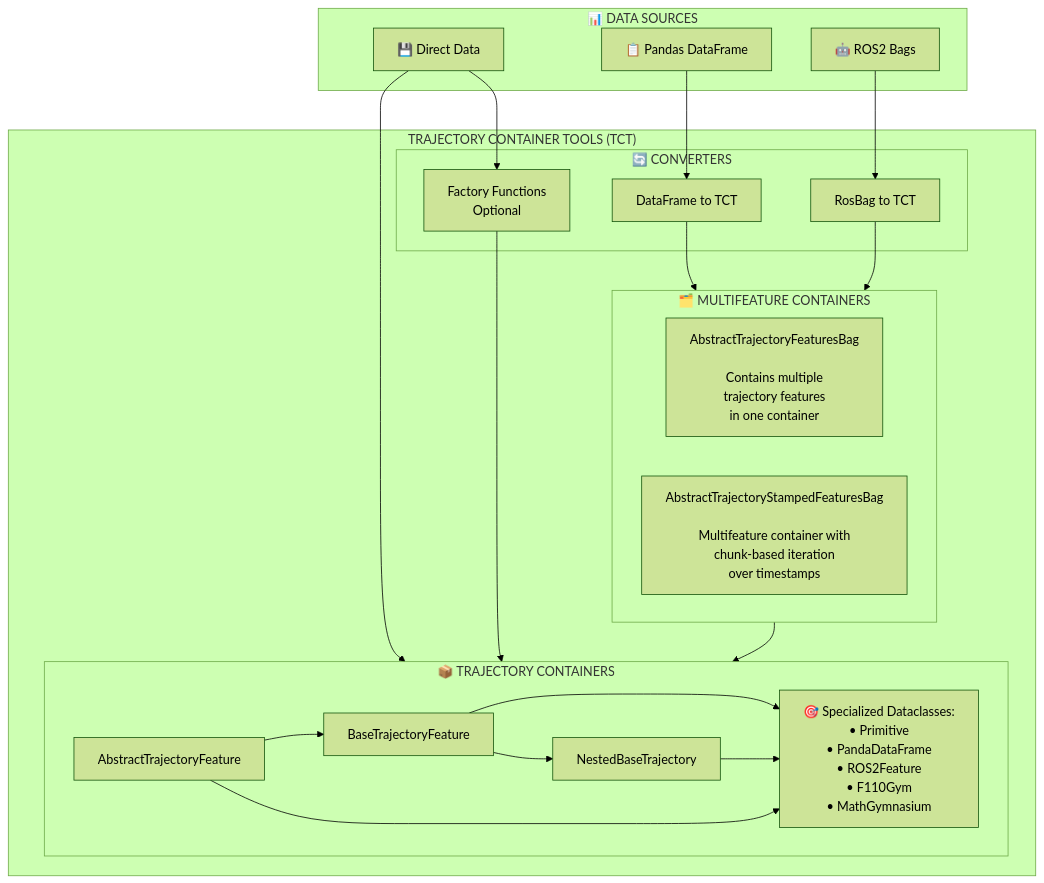
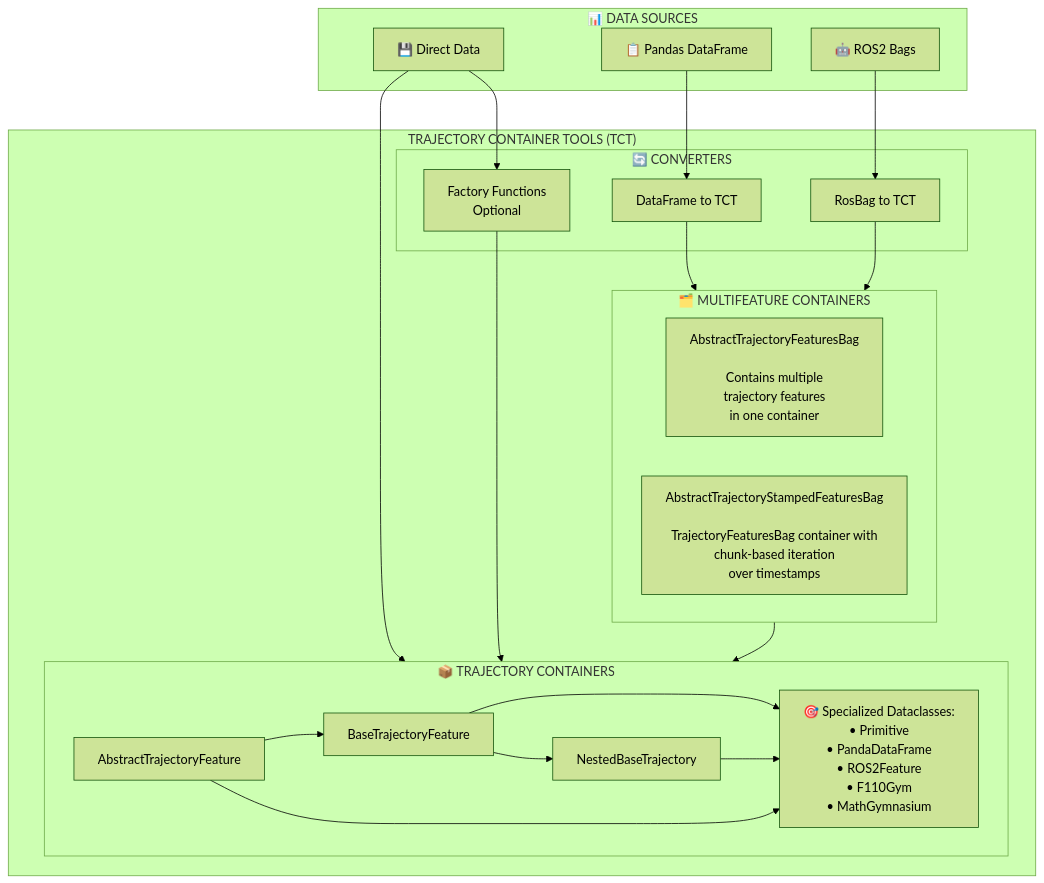
The diagram in documentation/README.md (norlab-ulaval/trajectory-container-tools), drawn with Mermaid (forest theme) before and after one commit. The commit also changed other lines of this file and 30 other files, not shown here.

````diff
--- a/documentation/README.md
+++ b/documentation/README.md
@@ -39,46 +39,46 @@
 ```mermaid
 graph TB
     subgraph DS["📊&nbsp;DATA&nbsp;SOURCES"]
         DF[📋 Pandas DataFrame]
         ROS[🤖 ROS2 Bags]
         DD[💾 Direct Data]
     end
     
     subgraph TCT["TRAJECTORY&nbsp;CONTAINER&nbsp;TOOLS&nbsp;(TCT)"]
         
         subgraph CONV["🔄&nbsp;CONVERTERS"]
             DFC[DataFrame to TCT]
             RC[RosBag to TCT]
             FF[Factory Functions<br/>Optional]
         end
         
         subgraph MFC["🗂️&nbsp;MULTIFEATURE&nbsp;CONTAINERS"]
             AMC[AbstractTrajectoryFeaturesBag<br/><br/>Contains multiple<br/>trajectory features<br/>in one container]
-            AMSC[AbstractTrajectoryStampedFeaturesBag<br/><br/>Multifeature container with<br/>chunk-based iteration<br/>over timestamps]
+            AMSC[AbstractTrajectoryStampedFeaturesBag<br/><br/>TrajectoryFeaturesBag container with<br/>chunk-based iteration<br/>over timestamps]
         end
         
         subgraph TC["📦&nbsp;TRAJECTORY&nbsp;CONTAINERS"]
             ATC[AbstractTrajectoryFeature]
             BTC[BaseTrajectoryFeature]
             NBTC[NestedBaseTrajectory]
             SC[🎯 Specialized Dataclasses:<br/>• Primitive<br/>• PandaDataFrame<br/>• ROS2Feature<br/>• F110Gym<br/>• MathGymnasium<br/>]
         end
     end
     
     %% Data flow connections
     ROS --> RC
     DD --> FF
     DF --> DFC
         
     DFC --> MFC
     RC --> MFC
         
     DD --> TC
     FF --> TC
     MFC --> TC 
     
     ATC --> BTC --> SC
     BTC --> NBTC --> SC 
     ATC --> SC
     
 ```
````
